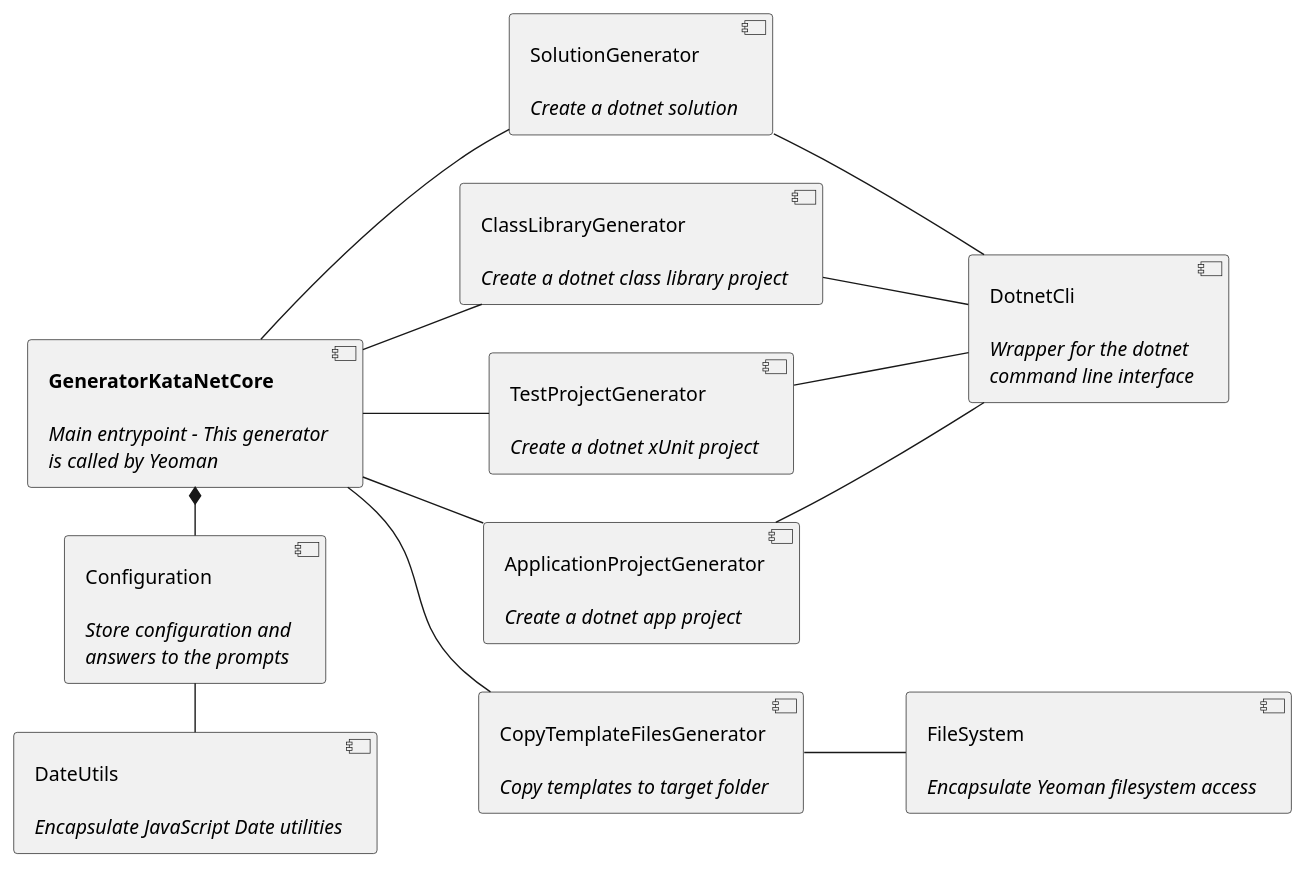
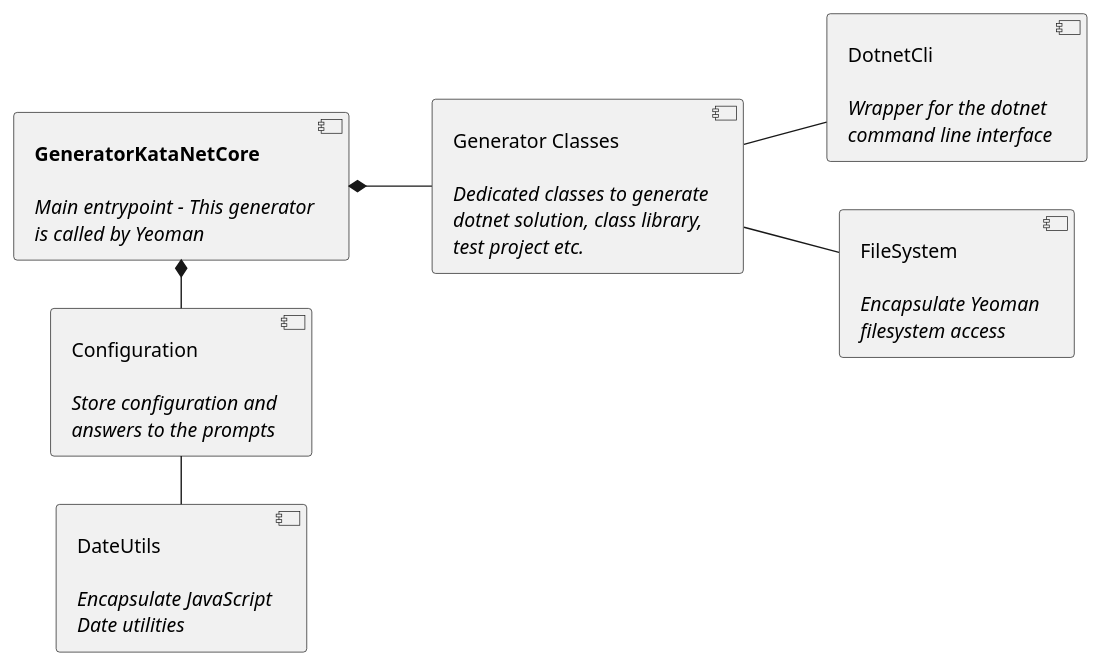
Before and after one commit to wonderbird/generator-kata-net-core: the diagram in doc/composite-structure.puml, drawn with PlantUML. The commit also changed 3 other files, not shown here.

Commit message:
docs: extend diagrams and composite structure docs

```diff
--- a/doc/composite-structure.puml
+++ b/doc/composite-structure.puml
@@ -1,33 +1,23 @@
 @startuml
 left to right direction
 
 skinparam monochrome true
 skinparam ComponentStyle uml2
 
 [**GeneratorKataNetCore**\n\n//Main entrypoint - This generator//\n//is called by Yeoman//] as gen
 [Configuration\n\n//Store configuration and//\n//answers to the prompts//] as config
-[SolutionGenerator\n\n//Create a dotnet solution//] as solution
-[ClassLibraryGenerator\n\n//Create a dotnet class library project//] as lib
-[TestProjectGenerator\n\n//Create a dotnet xUnit project//] as unit
-[ApplicationProjectGenerator\n\n//Create a dotnet app project//] as app
-[CopyTemplateFilesGenerator\n\n//Copy templates to target folder//] as templates
+
+[Generator Classes\n\n//Dedicated classes to generate//\n//dotnet solution, class library,//\n//test project etc.//] as genclasses
+
 [DotnetCli\n\n//Wrapper for the dotnet//\n//command line interface//] as dotnet
-
-[FileSystem\n\n//Encapsulate Yeoman filesystem access//] as fs
-[DateUtils\n\n//Encapsulate JavaScript Date utilities//] as date
+[FileSystem\n\n//Encapsulate Yeoman//\n//filesystem access//] as fs
+[DateUtils\n\n//Encapsulate JavaScript//\n//Date utilities//] as date
 
 gen *- config
-gen -- solution
-gen -- app
-gen -- lib
-gen -- unit
-gen -- templates
+gen *-- genclasses
 
-templates -- fs
+genclasses -- fs
 config -right- date
 
-solution -- dotnet
-app -- dotnet
-lib -- dotnet
-unit -- dotnet
+genclasses -- dotnet
 @enduml
```
